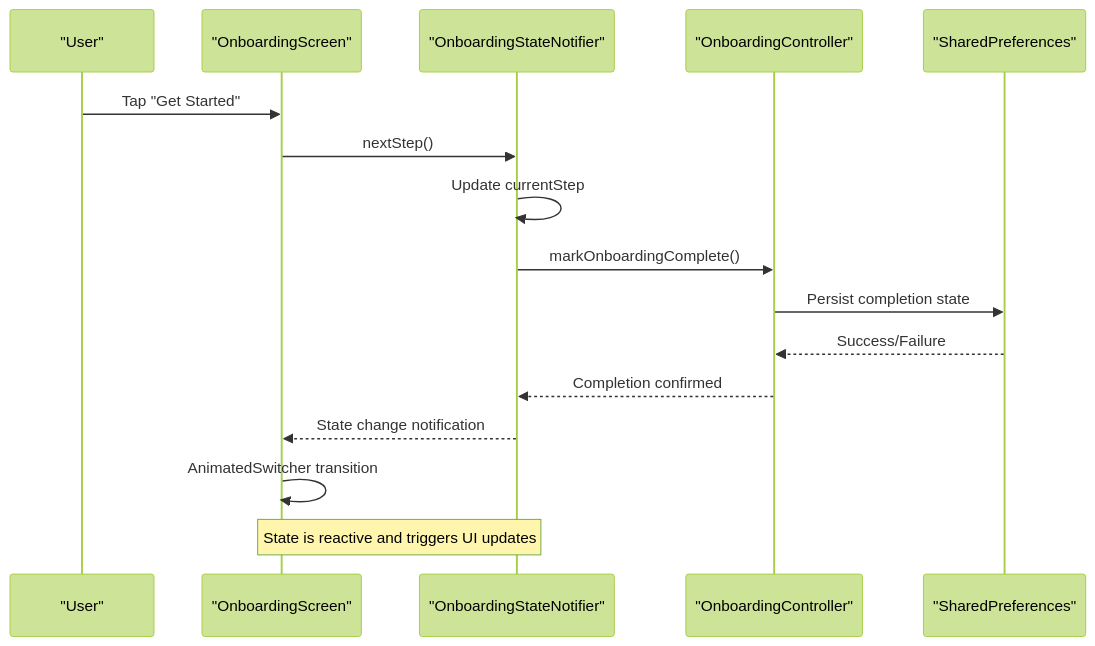
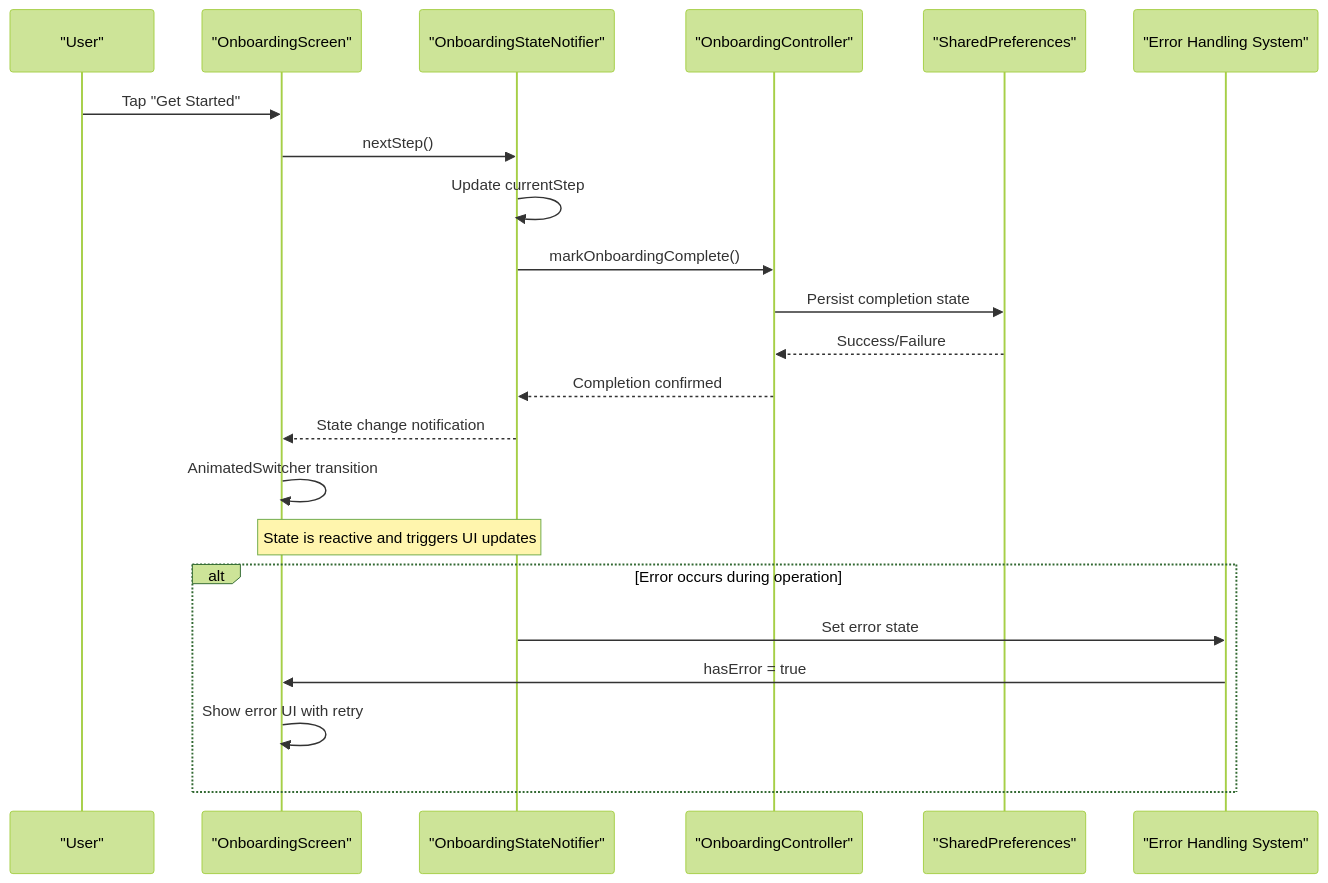
One commit to JAaron93/StyleSync changed the second of 6 diagrams in .qoder/repowiki/en/content/Feature Implementation/Onboarding System/Onboarding Screen.md. Above: the diagram before and after it, drawn with Mermaid (forest theme). The commit also changed other lines of this file and 36 other files, not shown here.

````diff
--- a/.qoder/repowiki/en/content/Feature Implementation/Onboarding System/Onboarding Screen.md
+++ b/.qoder/repowiki/en/content/Feature Implementation/Onboarding System/Onboarding Screen.md
@@ -103,18 +132,24 @@
 ```mermaid
 sequenceDiagram
 participant User as "User"
 participant Screen as "OnboardingScreen"
 participant State as "OnboardingStateNotifier"
 participant Controller as "OnboardingController"
 participant Storage as "SharedPreferences"
+participant ErrorHandler as "Error Handling System"
 User->>Screen : Tap "Get Started"
 Screen->>State : nextStep()
 State->>State : Update currentStep
 State->>Controller : markOnboardingComplete()
 Controller->>Storage : Persist completion state
 Storage-->>Controller : Success/Failure
 Controller-->>State : Completion confirmed
 State-->>Screen : State change notification
 Screen->>Screen : AnimatedSwitcher transition
 Note over Screen,State : State is reactive and triggers UI updates
+alt Error occurs during operation
+State->>ErrorHandler : Set error state
+ErrorHandler->>Screen : hasError = true
+Screen->>Screen : Show error UI with retry
+end
 ```
````
